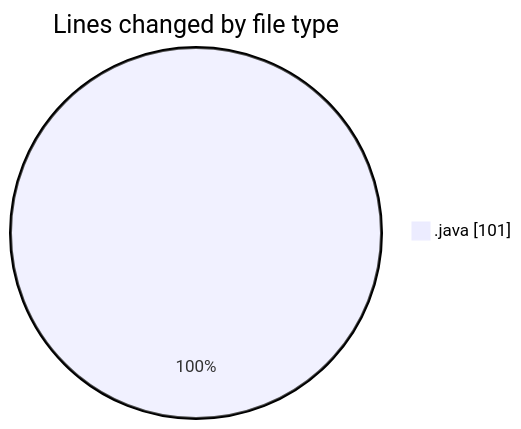
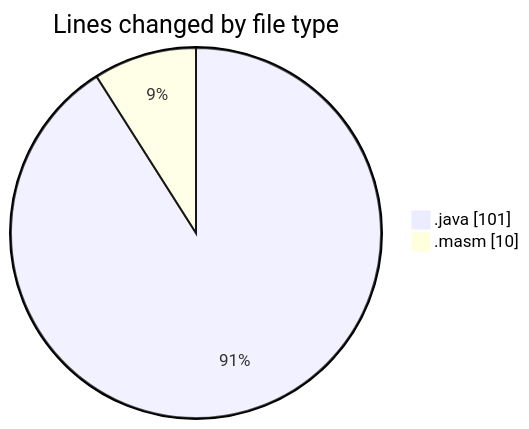
One commit to charlie-sans/code-tracking changed the first of 2 diagrams in 2025-02-19/masm/README.md. Above: the diagram before and after it, drawn with Mermaid. The commit also changed other lines of this file and 1 other file, not shown here.

````diff
--- a/2025-02-19/masm/README.md
+++ b/2025-02-19/masm/README.md
@@ -21,5 +22,6 @@
 ```mermaid
 pie showData
 title Lines changed by file type
 ".java" : 101
+".masm" : 10
 ```
````
